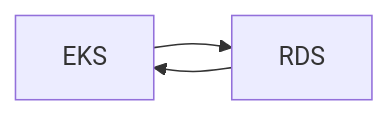
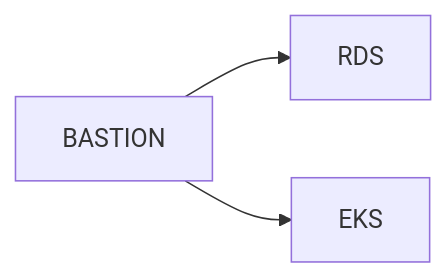
The diagram in README.md (junius06/502Team-terraform), drawn with Mermaid before and after one commit. The commit also changed other lines of this file, not shown here.

Commit message:
edit mermaid

````diff
--- a/README.md
+++ b/README.md
@@ -99,5 +95,5 @@
 ```mermaid
-graph LR;
-    EKS --> RDS;
-    RDS --> EKS;
+graph LR; 
+    BASTION-->RDS;
+    BASTION-->EKS;
 ```
````
